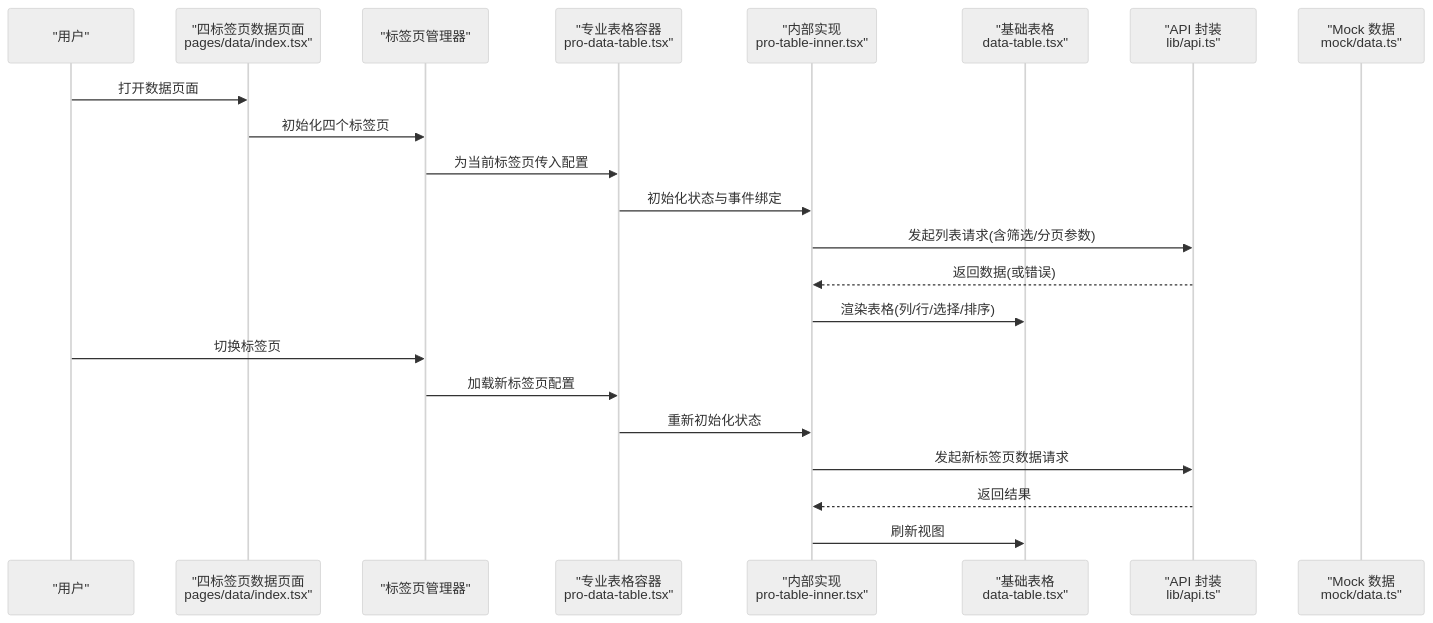
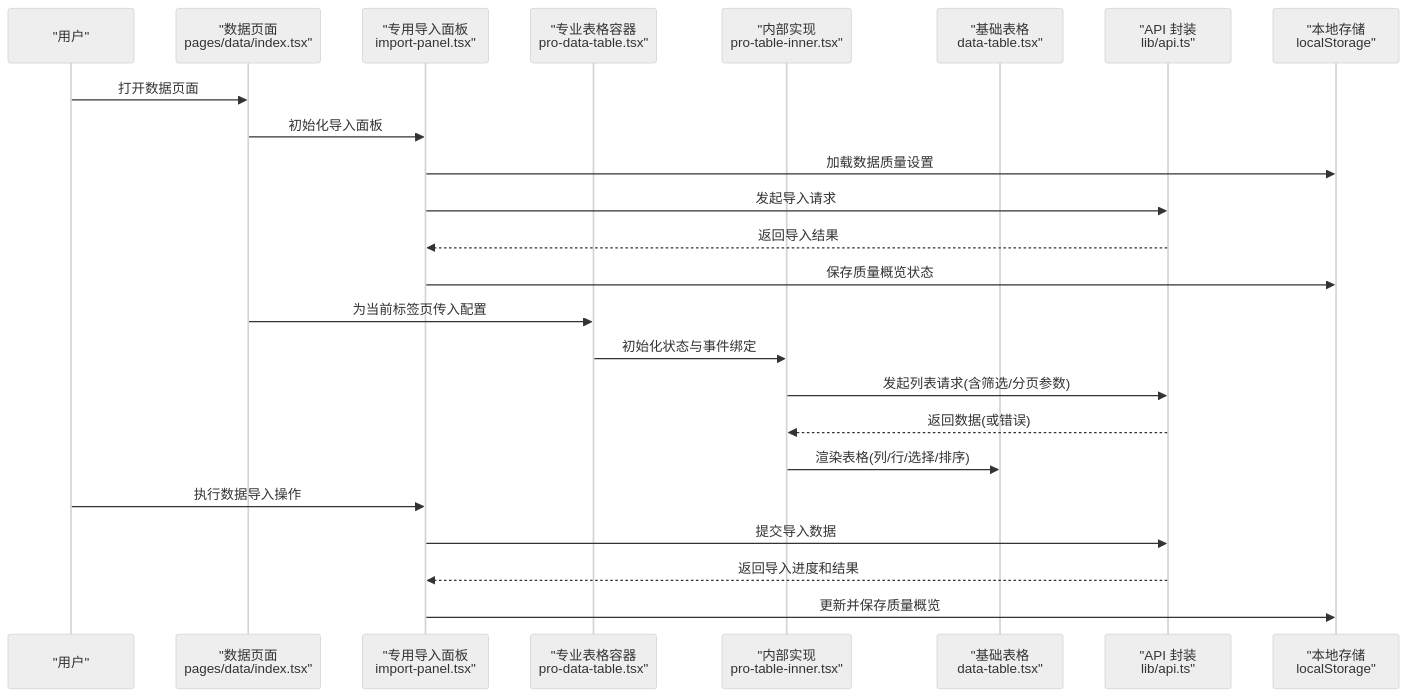
Before and after one commit to Damao997/newproject: the second of 3 diagrams in .qoder/repowiki/zh/content/页面组件/数据管理页面/数据管理页面.md, drawn with Mermaid (neutral theme). The commit also changed other lines of this file and 118 other files, not shown here.

````diff
--- a/.qoder/repowiki/zh/content/页面组件/数据管理页面/数据管理页面.md
+++ b/.qoder/repowiki/zh/content/页面组件/数据管理页面/数据管理页面.md
@@ -131,24 +139,26 @@
 ```mermaid
 sequenceDiagram
 participant U as "用户"
-participant P as "四标签页数据页面<br/>pages/data/index.tsx"
-participant TM as "标签页管理器"
+participant P as "数据页面<br/>pages/data/index.tsx"
+participant IP as "专用导入面板<br/>import-panel.tsx"
 participant PT as "专业表格容器<br/>pro-data-table.tsx"
 participant PI as "内部实现<br/>pro-table-inner.tsx"
 participant DT as "基础表格<br/>data-table.tsx"
 participant API as "API 封装<br/>lib/api.ts"
-participant M as "Mock 数据<br/>mock/data.ts"
+participant LS as "本地存储<br/>localStorage"
 U->>P : 打开数据页面
-P->>TM : 初始化四个标签页
-TM->>PT : 为当前标签页传入配置
+P->>IP : 初始化导入面板
+IP->>LS : 加载数据质量设置
+IP->>API : 发起导入请求
+API-->>IP : 返回导入结果
+IP->>LS : 保存质量概览状态
+P->>PT : 为当前标签页传入配置
 PT->>PI : 初始化状态与事件绑定
 PI->>API : 发起列表请求(含筛选/分页参数)
 API-->>PI : 返回数据(或错误)
 PI->>DT : 渲染表格(列/行/选择/排序)
-U->>TM : 切换标签页
-TM->>PT : 加载新标签页配置
-PT->>PI : 重新初始化状态
-PI->>API : 发起新标签页数据请求
-API-->>PI : 返回结果
-PI->>DT : 刷新视图
+U->>IP : 执行数据导入操作
+IP->>API : 提交导入数据
+API-->>IP : 返回导入进度和结果
+IP->>LS : 更新并保存质量概览
 ```
````
